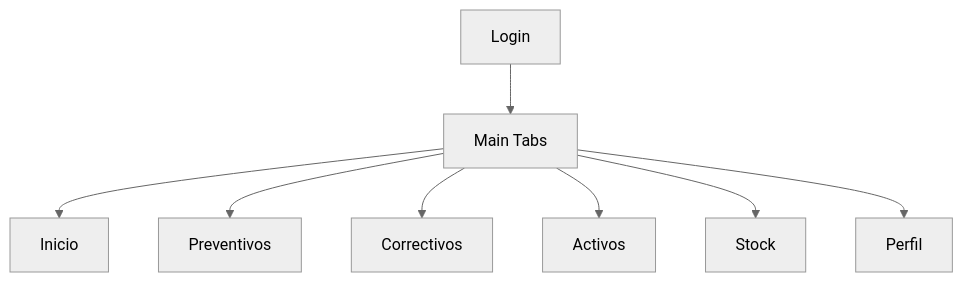
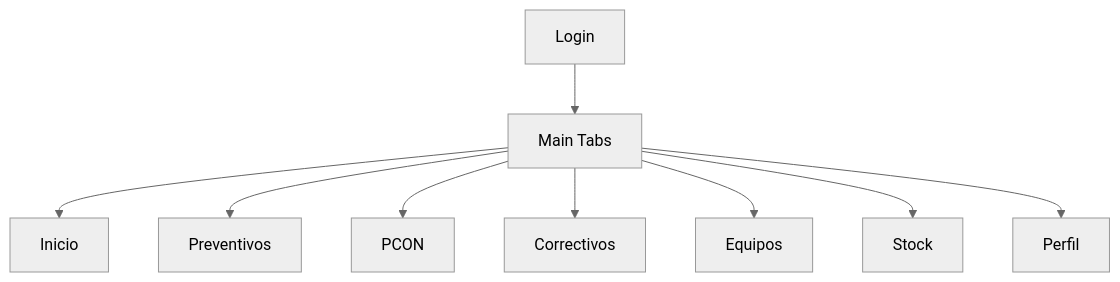
Before and after one commit to DiegoStevenVera/MaintenanceAppPlan: the first of 10 diagrams in docs/ipad-navigation-map.md, drawn with Mermaid (neutral theme). The commit also changed other lines of this file and 103 other files, not shown here.

````diff
--- a/docs/ipad-navigation-map.md
+++ b/docs/ipad-navigation-map.md
@@ -19,14 +19,15 @@
 ```mermaid
 flowchart TD
     Login["Login"]
     Tabs["Main Tabs"]
 
     Login --> Tabs
 
     Tabs --> Home["Inicio"]
     Tabs --> Preventive["Preventivos"]
+    Tabs --> PCON["PCON"]
     Tabs --> Corrective["Correctivos"]
-    Tabs --> Assets["Activos"]
+    Tabs --> Assets["Equipos"]
     Tabs --> Stock["Stock"]
     Tabs --> Profile["Perfil"]
 ```
````
